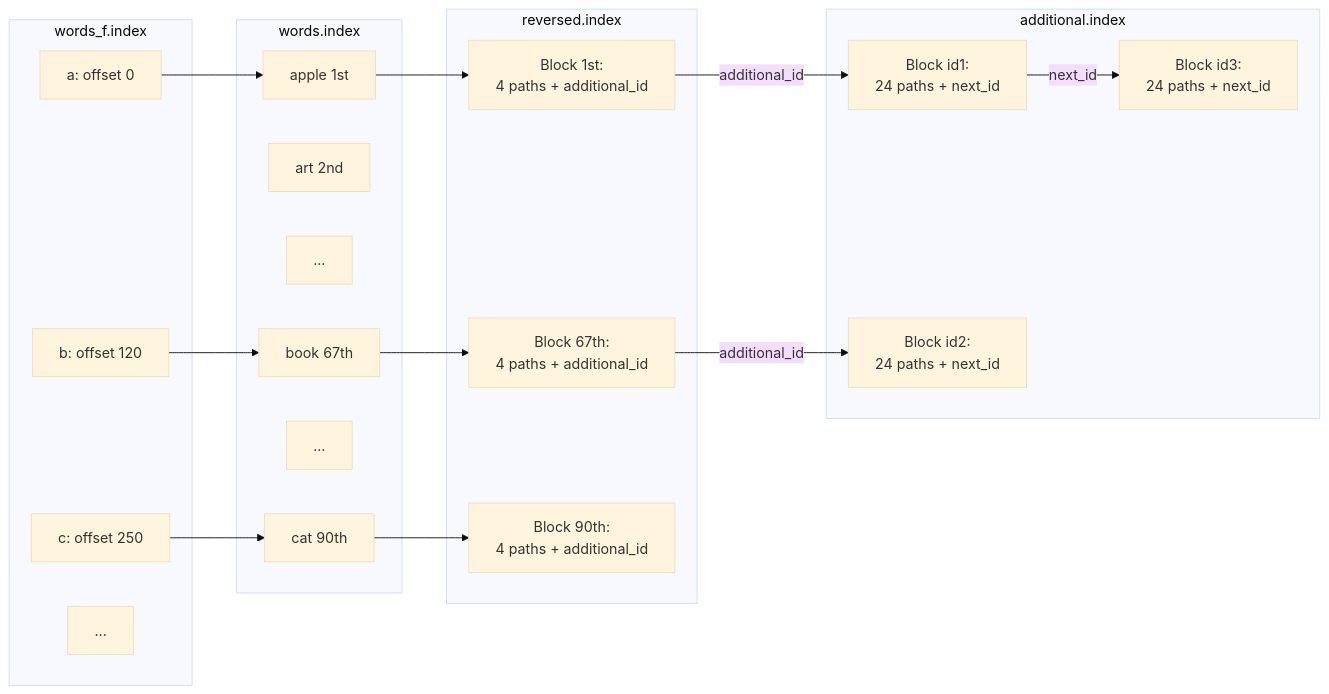
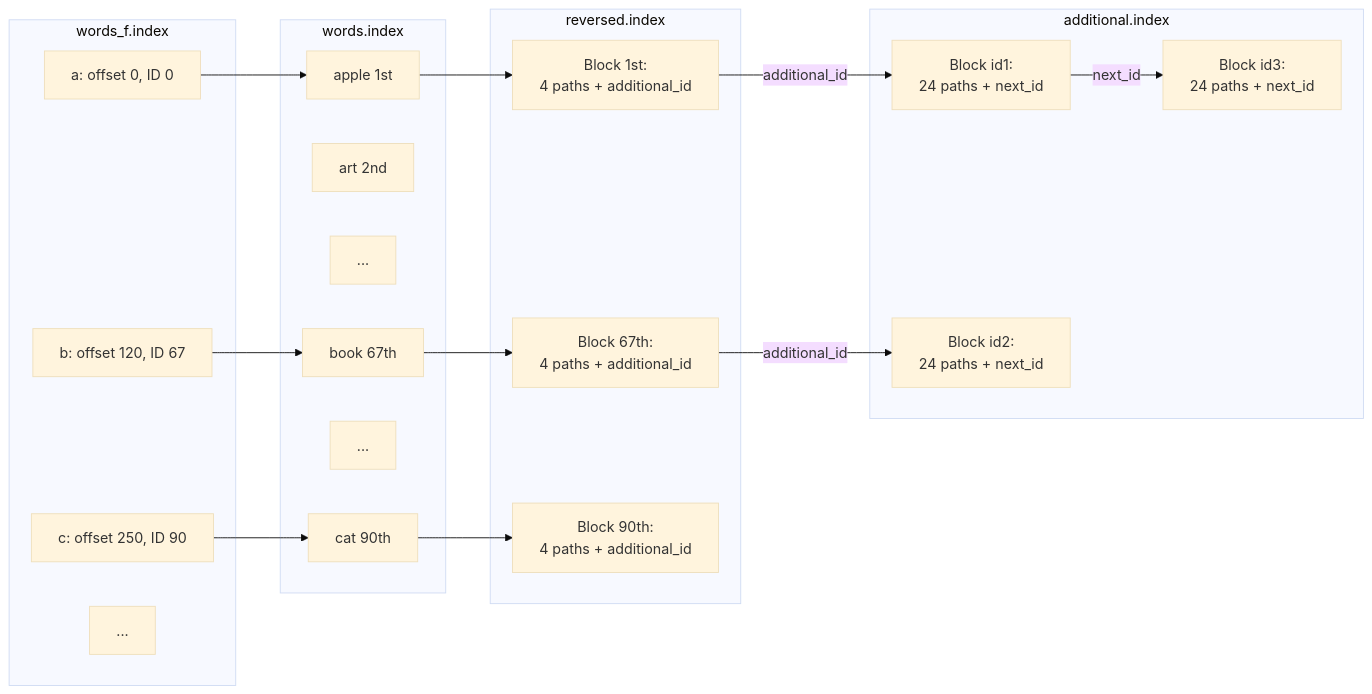
Before and after one commit to lhilfiker/filesystem-full-text-search-indexer: the first of 2 diagrams in docs/Disk-Structure.md, drawn with Mermaid (base theme).

Commit message:
docs: reflect words_f change in mermaid graoh

````diff
--- a/docs/Disk-Structure.md
+++ b/docs/Disk-Structure.md
@@ -87,45 +87,45 @@
 ```mermaid
 graph LR
     subgraph "words_f.index"
-        WF1[a: offset 0] 
-        WF2[b: offset 120]
-        WF3[c: offset 250]
+        WF1[a: offset 0, ID 0] 
+        WF2[b: offset 120, ID 67]
+        WF3[c: offset 250, ID 90]
         WF4[...]
     end
 
     subgraph "words.index"
         W1[apple 1st]
         W2[art 2nd]
         W3[...]
         W4[book 67th]
         W5[...]
         W6[cat 90th]
     end
 
     subgraph "reversed.index"
         R1["Block 1st:<br/>4 paths + additional_id"]
         R2["Block 67th:<br/>4 paths + additional_id"]
         R3["Block 90th:<br/>4 paths + additional_id"]
     end
 
     subgraph "additional.index"
         A1["Block id1:<br/>24 paths + next_id"]
         A2["Block id2:<br/>24 paths + next_id"]
         A3["Block id3:<br/>24 paths + next_id"]
     end
 
     %% Link words_f to words sections
     WF1 --> W1
     WF2 --> W4
     WF3 --> W6
 
     %% Link sample words to reversed blocks
     W1 --> R1
     W4 --> R2
     W6 --> R3
 
     %% Show additional blocks linking
     R1 -->|additional_id| A1
     R2 -->|additional_id| A2
     A1 -->|next_id| A3
 ```
````
